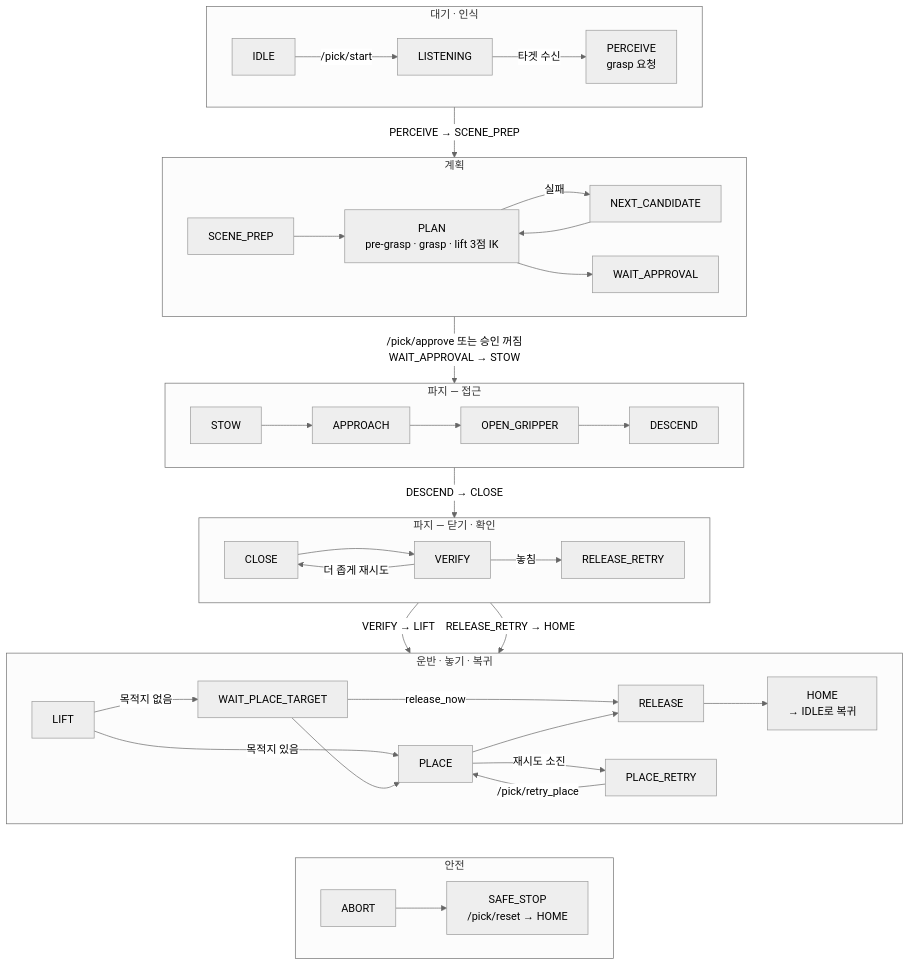
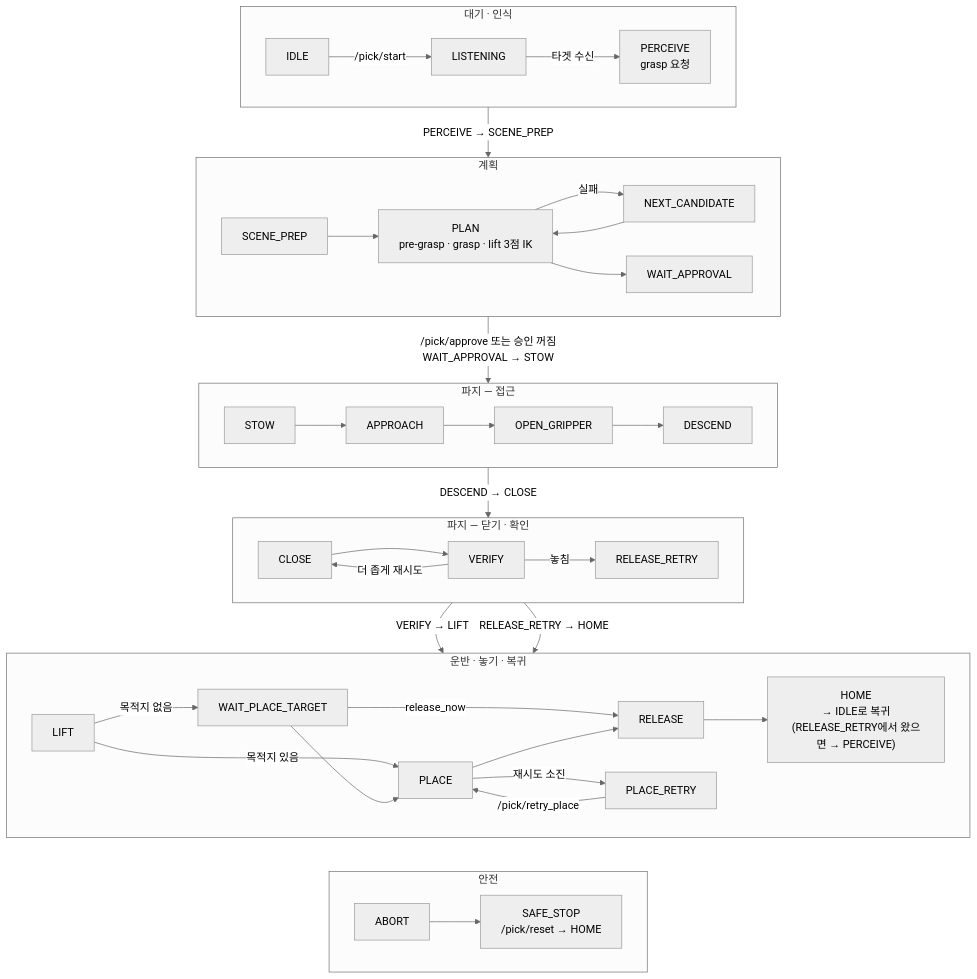
The third of 3 diagrams in README.md (gwanhuiGIM/Rokey_cobot2), drawn with Mermaid (neutral theme) before and after one commit. The commit also changed other lines of this file, not shown here.

````diff
--- a/README.md
+++ b/README.md
@@ -242,41 +243,41 @@
 ```mermaid
 flowchart TB
     subgraph G1["대기 · 인식"]
         direction LR
         IDLE -->|/pick/start| LISTENING -->|타겟 수신| PERCEIVE["PERCEIVE<br/>grasp 요청"]
     end
     subgraph G2["계획"]
         direction LR
         SCENE_PREP --> PLAN["PLAN<br/>pre-grasp · grasp · lift 3점 IK"]
         PLAN -->|실패| NEXT_CANDIDATE --> PLAN
         PLAN --> WAIT_APPROVAL
     end
     subgraph G3["파지 — 접근"]
         direction LR
         STOW --> APPROACH --> OPEN_GRIPPER --> DESCEND
     end
     subgraph G3B["파지 — 닫기 · 확인"]
         direction LR
         CLOSE --> VERIFY
         VERIFY -->|더 좁게 재시도| CLOSE
         VERIFY -->|놓침| RELEASE_RETRY
     end
     subgraph G4["운반 · 놓기 · 복귀"]
         direction LR
         LIFT -->|목적지 있음| PLACE
         LIFT -->|목적지 없음| WAIT_PLACE_TARGET --> PLACE
         WAIT_PLACE_TARGET -->|release_now| RELEASE
         PLACE -->|재시도 소진| PLACE_RETRY -->|/pick/retry_place| PLACE
-        PLACE --> RELEASE --> HOME["HOME<br/>→ IDLE로 복귀"]
+        PLACE --> RELEASE --> HOME["HOME<br/>→ IDLE로 복귀<br/>(RELEASE_RETRY에서 왔으면 → PERCEIVE)"]
     end
     subgraph G5["안전"]
         direction LR
         ABORT --> SAFE_STOP["SAFE_STOP<br/>/pick/reset → HOME"]
     end
     G1 -->|"PERCEIVE → SCENE_PREP"| G2
     G2 -->|"/pick/approve 또는 승인 꺼짐<br/>WAIT_APPROVAL → STOW"| G3
     G3 -->|"DESCEND → CLOSE"| G3B
     G3B -->|"VERIFY → LIFT"| G4
     G3B -->|"RELEASE_RETRY → HOME"| G4
     G4 ~~~ G5
 ```
````
